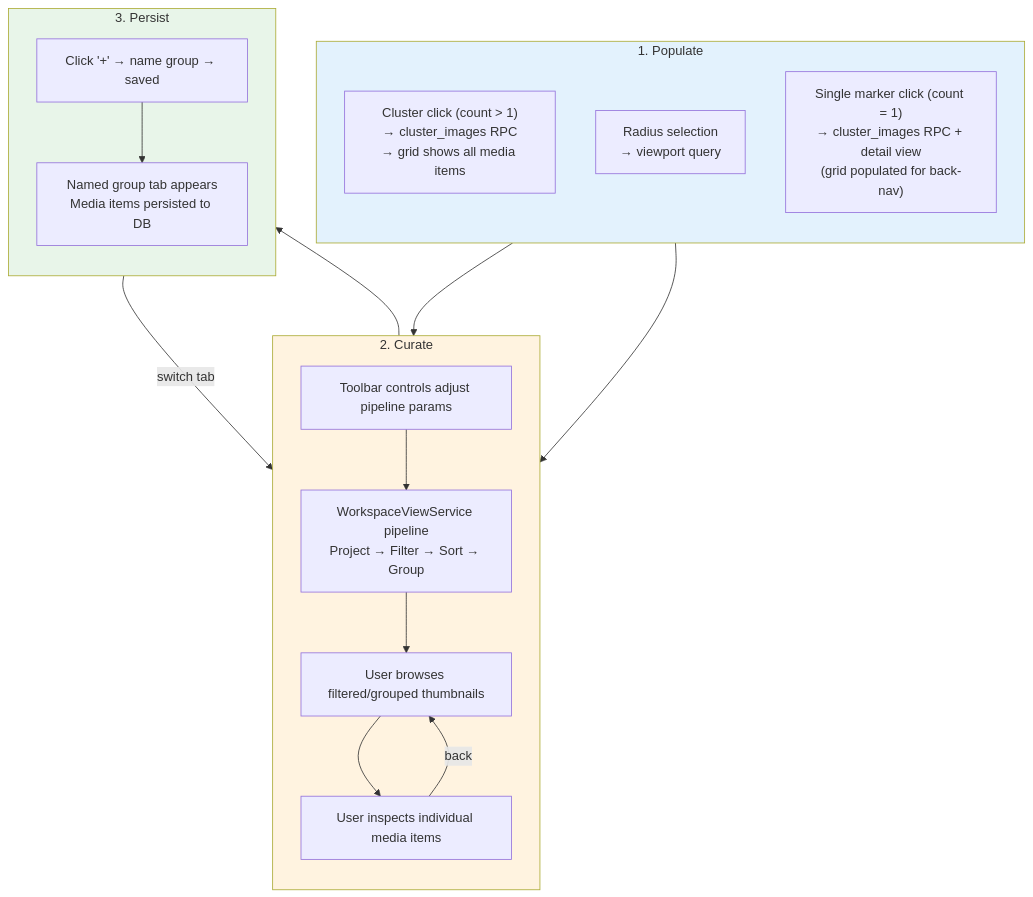
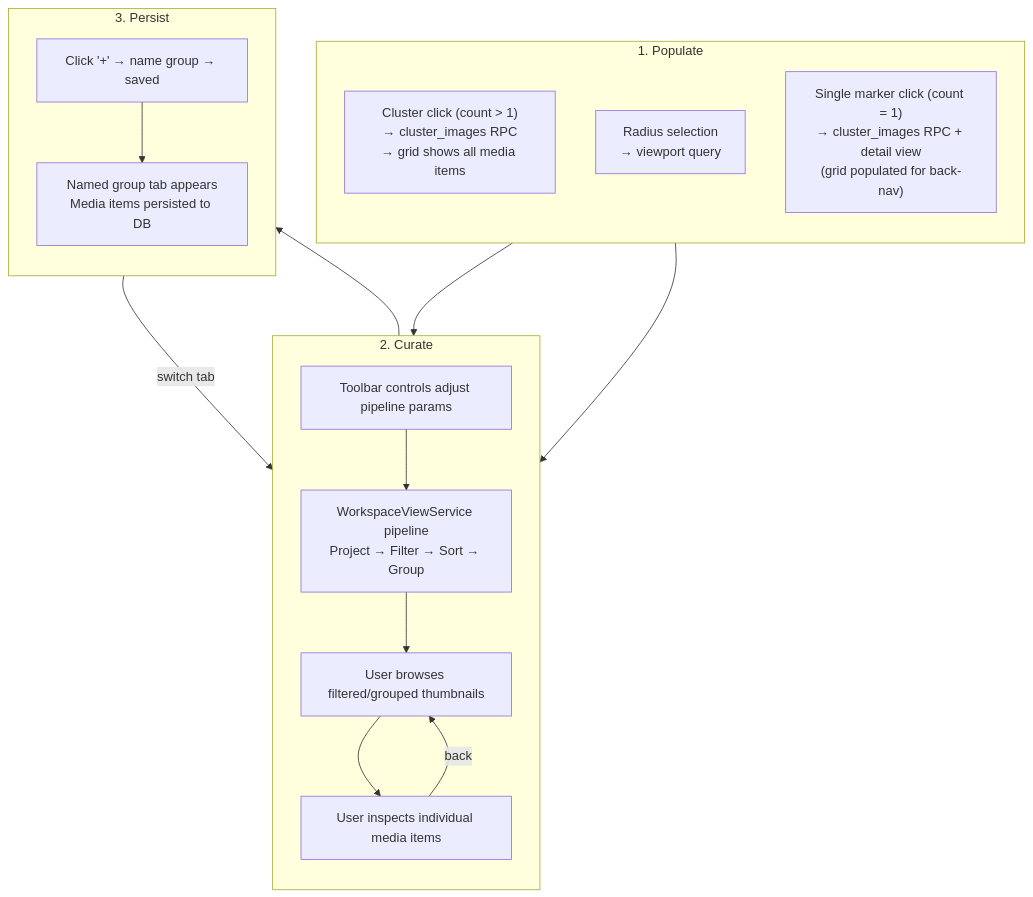
The fourth of 6 diagrams in docs/specs/component/workspace/active-selection-view.md (matkleve/feldpost), drawn with Mermaid before and after one commit. The commit also changed other lines of this file and 29 other files, not shown here.

````diff
--- a/docs/specs/component/workspace/active-selection-view.md
+++ b/docs/specs/component/workspace/active-selection-view.md
@@ -255,37 +255,34 @@
 ```mermaid
 flowchart TD
     subgraph Populate["1. Populate"]
         direction TB
         ClusterClick["Cluster click (count > 1)\n→ cluster_images RPC\n→ grid shows all media items"]
         RadiusSelect["Radius selection\n→ viewport query"]
         SingleClick["Single marker click (count = 1)\n→ cluster_images RPC + detail view\n(grid populated for back-nav)"]
     end
 
     subgraph Curate["2. Curate"]
         direction TB
         Pipeline["WorkspaceViewService pipeline\nProject → Filter → Sort → Group"]
         Toolbar2["Toolbar controls adjust pipeline params"]
         Browse2["User browses filtered/grouped thumbnails"]
         Detail2["User inspects individual media items"]
     end
 
     subgraph Persist["3. Persist"]
         direction TB
         SaveGroup["Click '+' → name group → saved"]
         GroupTab["Named group tab appears\nMedia items persisted to DB"]
     end
 
     ClusterClick --> Pipeline
     RadiusSelect --> Pipeline
     Toolbar2 --> Pipeline
     Pipeline --> Browse2
     Browse2 --> Detail2
     Detail2 -->|"back"| Browse2
     Browse2 --> SaveGroup
     SaveGroup --> GroupTab
     GroupTab -->|"switch tab"| Browse2
 
-    style Populate fill:#e3f2fd
-    style Curate fill:#fff3e0
-    style Persist fill:#e8f5e9
 ```
````
